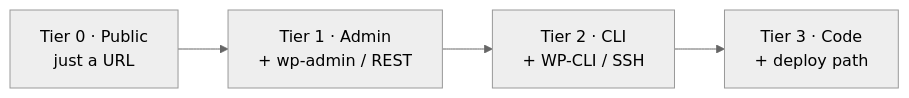
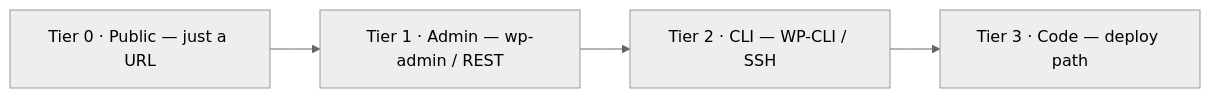
Before and after one commit to billylui/wordpress-performance-skills: the second of 3 diagrams in README.md, drawn with Mermaid (neutral theme). The commit also changed other lines of this file and 1 other file, not shown here.

First line of the commit message:
Stop the diagrams depending on HTML for their line breaks

````diff
--- a/README.md
+++ b/README.md
@@ -156,6 +156,6 @@
 ```mermaid
 flowchart LR
-    T0["Tier 0 · Public<br/>just a URL"] --> T1["Tier 1 · Admin<br/>+ wp-admin / REST"]
-    T1 --> T2["Tier 2 · CLI<br/>+ WP-CLI / SSH"]
-    T2 --> T3["Tier 3 · Code<br/>+ deploy path"]
+    T0["Tier 0 · Public — just a URL"] --> T1["Tier 1 · Admin — wp-admin / REST"]
+    T1 --> T2["Tier 2 · CLI — WP-CLI / SSH"]
+    T2 --> T3["Tier 3 · Code — deploy path"]
 ```
````
